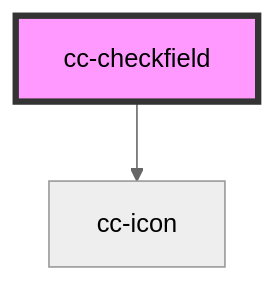
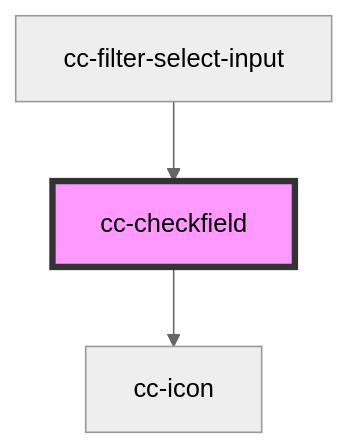
One commit to lacafetalab/cafeta-components changed the diagram in packages/core/src/components/cc-checkfield/readme.md. Above: the diagram before and after it, drawn with Mermaid (neutral theme). The commit also changed other lines of this file and 4 other files, not shown here.

Commit message:
chore() adding cc-checkfield on cc-filter-select-input

````diff
--- a/packages/core/src/components/cc-checkfield/readme.md
+++ b/packages/core/src/components/cc-checkfield/readme.md
@@ -31,5 +35,6 @@
 ```mermaid
 graph TD;
   cc-checkfield --> cc-icon
+  cc-filter-select-input --> cc-checkfield
   style cc-checkfield fill:#f9f,stroke:#333,stroke-width:4px
 ```
````
